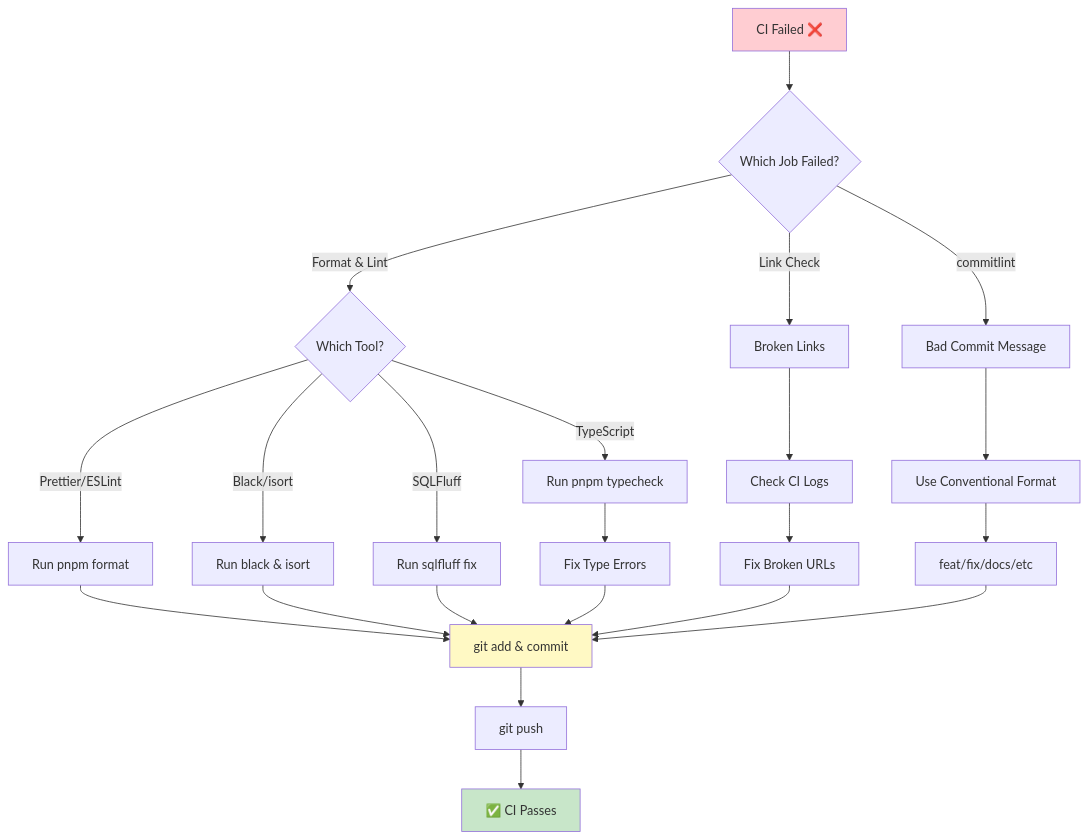
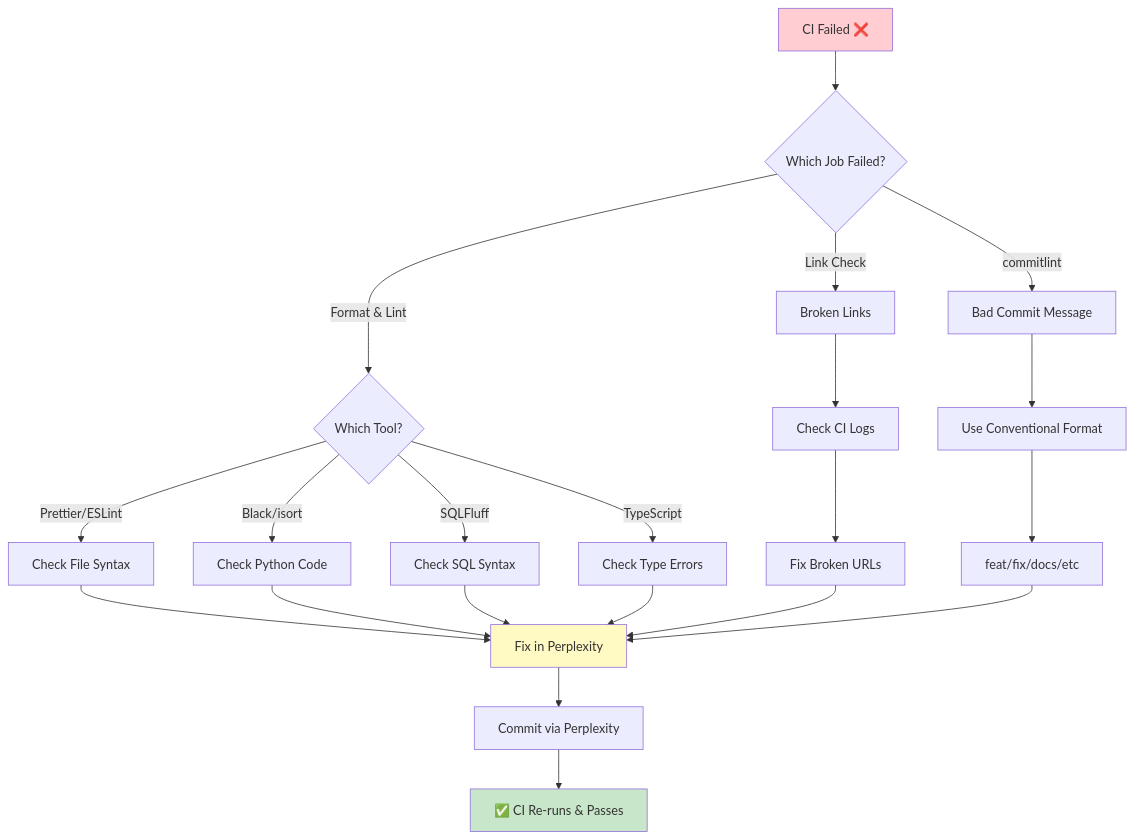
The third of 4 diagrams in .github/CI_CD_GUIDE.md (borealBytes/startup-blueprint), drawn with Mermaid before and after one commit. The commit also changed other lines of this file, not shown here.

First line of the commit message:
docs(ci): Refocus guide for Perplexity Spaces workflow

````diff
--- a/.github/CI_CD_GUIDE.md
+++ b/.github/CI_CD_GUIDE.md
@@ -332,34 +157,33 @@
 ```mermaid
 flowchart TD
     A[CI Failed ❌] --> B{Which Job Failed?}
-
+    
     B -->|Format & Lint| C{Which Tool?}
     B -->|Link Check| D[Broken Links]
     B -->|commitlint| E[Bad Commit Message]
-
-    C -->|Prettier/ESLint| F[Run pnpm format]
-    C -->|Black/isort| G[Run black & isort]
-    C -->|SQLFluff| H[Run sqlfluff fix]
-    C -->|TypeScript| I[Run pnpm typecheck]
-
-    F --> J[git add & commit]
+    
+    C -->|Prettier/ESLint| F[Check File Syntax]
+    C -->|Black/isort| G[Check Python Code]
+    C -->|SQLFluff| H[Check SQL Syntax]
+    C -->|TypeScript| I[Check Type Errors]
+    
+    F --> J[Fix in Perplexity]
     G --> J
     H --> J
-    I --> K[Fix Type Errors]
-    K --> J
-
-    D --> L[Check CI Logs]
-    L --> M[Fix Broken URLs]
-    M --> J
-
-    E --> N[Use Conventional Format]
-    N --> O[feat/fix/docs/etc]
-    O --> J
-
-    J --> P[git push]
-    P --> Q[✅ CI Passes]
-
+    I --> J
+    
+    D --> K[Check CI Logs]
+    K --> L[Fix Broken URLs]
+    L --> J
+    
+    E --> M[Use Conventional Format]
+    M --> N[feat/fix/docs/etc]
+    N --> J
+    
+    J --> O[Commit via Perplexity]
+    O --> P[✅ CI Re-runs & Passes]
+    
     style A fill:#ffcdd2
-    style Q fill:#c8e6c9
+    style P fill:#c8e6c9
     style J fill:#fff9c4
 ```
````
